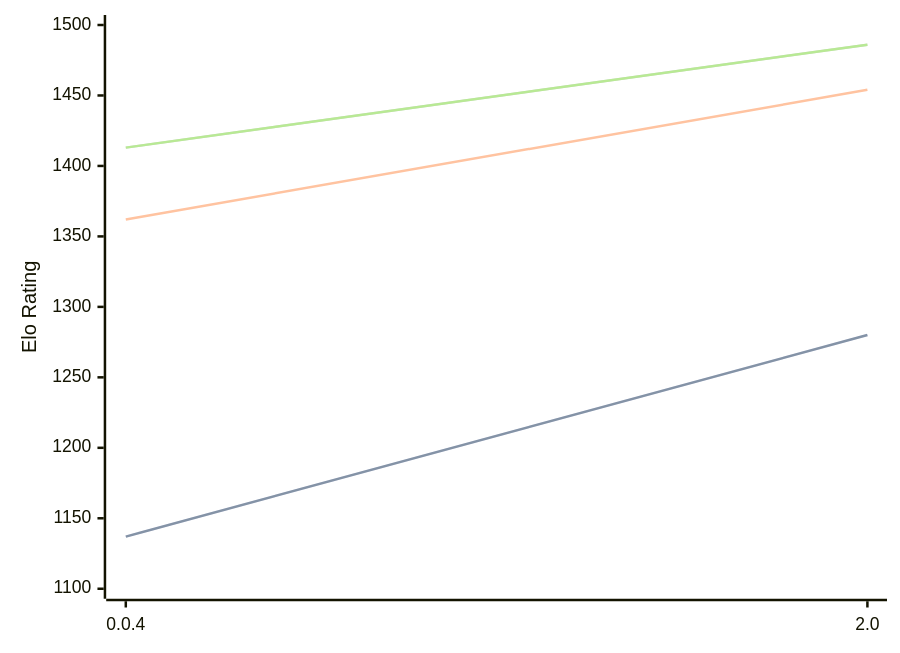
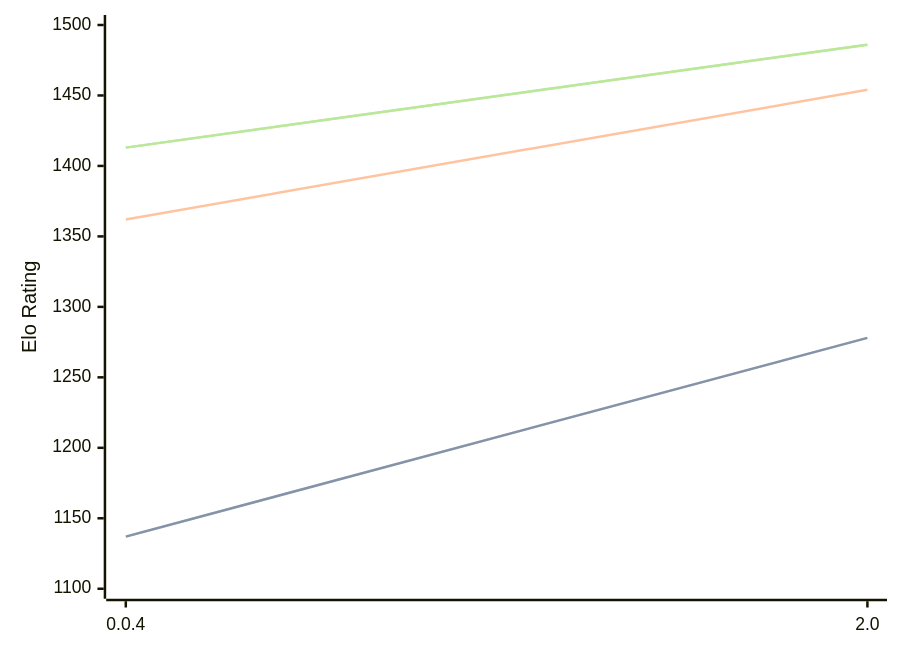
Before and after one commit to computer-chess-index/cci: the diagram in engines/Oops!Mate.md, drawn with Mermaid. The commit also changed other lines of this file, not shown here.

````diff
--- a/engines/Oops!Mate.md
+++ b/engines/Oops!Mate.md
@@ -33,11 +33,11 @@
 ```mermaid
 %%{init: {"theme":"base","themeVariables":{"seriesColors:['#a3a3a3','#222221','#faa371']}}}%%
 xychart-beta
   x-axis ["0.0.4", "2.0"]
   y-axis "Elo Rating" 1100 --> 1500
-  line "" [1137, 1280]
-  line "STC (8.0+0.08s)" [1137, 1280]
+  line "" [1137, 1278]
+  line "STC (8.0+0.08s)" [1137, 1278]
   line "LTC (60.0+0.60s)" [1362, 1454]
   line "" [1413, 1486]
   line "VLTC (2m24s+1.12s)" [1413, 1486]
 ```
````
